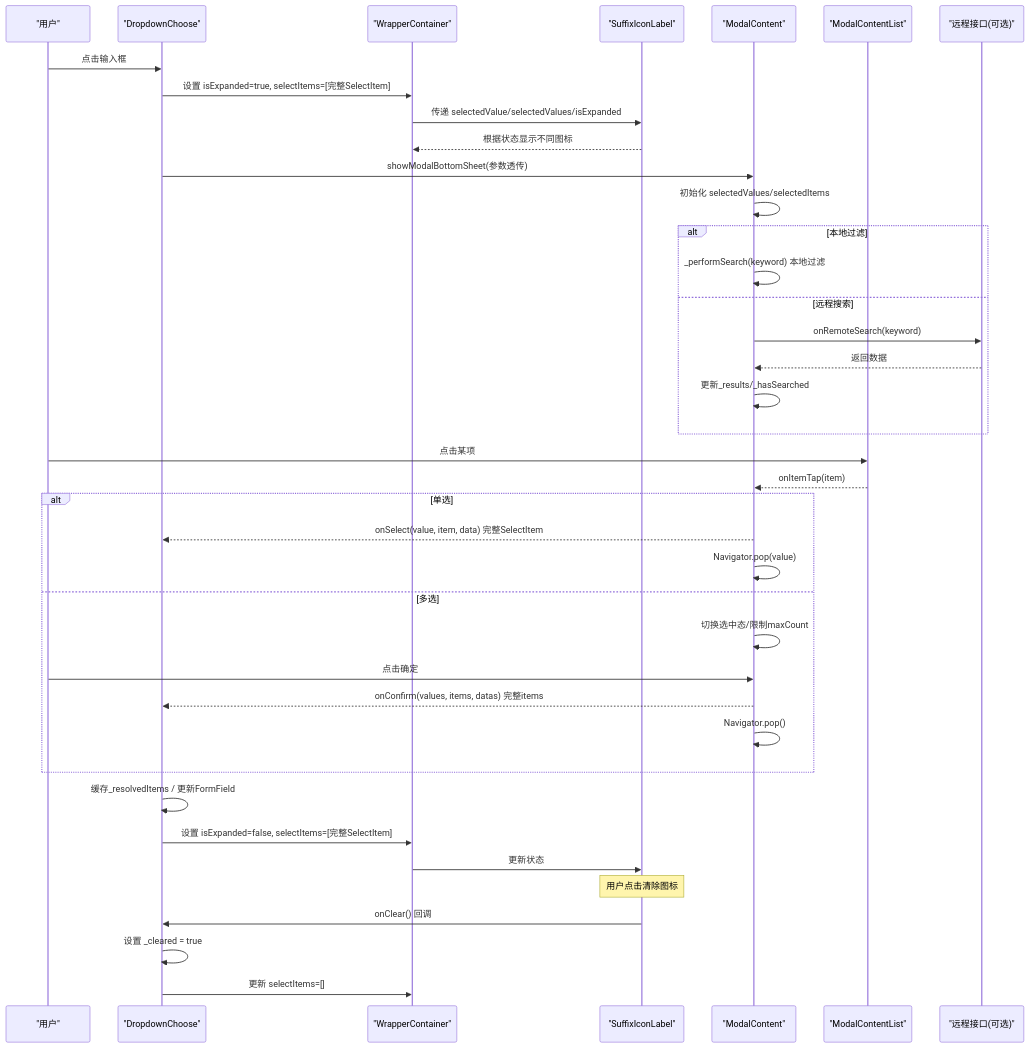
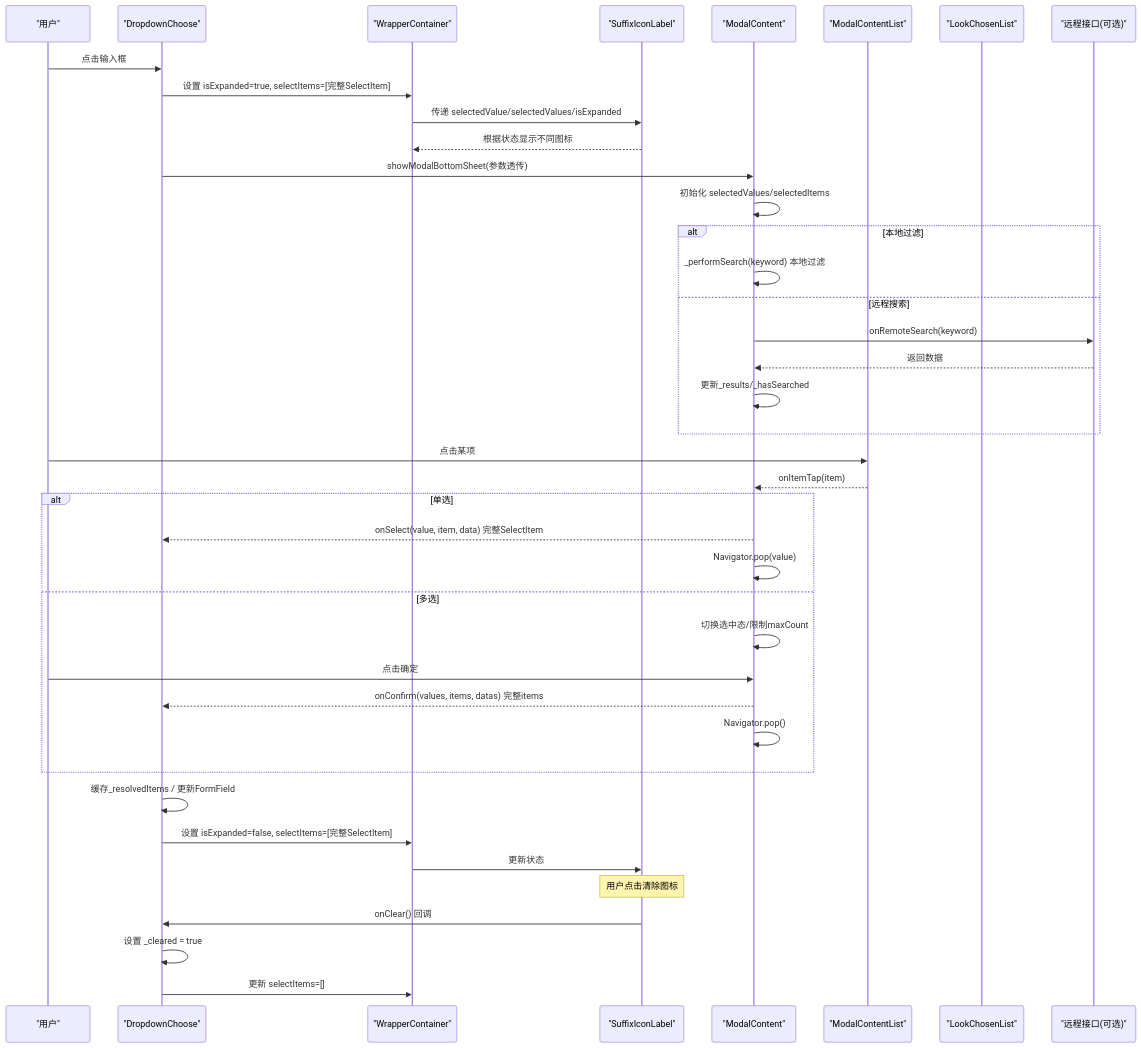
The second of 6 diagrams in .qoder/repowiki/zh/content/高级组件/下拉选择器.md (yuzhido/lite-ui), drawn with Mermaid before and after one commit. The commit also changed other lines of this file and 25 other files, not shown here.

````diff
--- a/.qoder/repowiki/zh/content/高级组件/下拉选择器.md
+++ b/.qoder/repowiki/zh/content/高级组件/下拉选择器.md
@@ -109,41 +104,42 @@
 ```mermaid
 sequenceDiagram
 participant U as "用户"
 participant DC as "DropdownChoose"
 participant WC as "WrapperContainer"
 participant SIL as "SuffixIconLabel"
-participant SM as "ModalContent"
-participant L as "ModalContentList"
+participant MC as "ModalContent"
+participant MCL as "ModalContentList"
+participant LCL as "LookChosenList"
 participant R as "远程接口(可选)"
 U->>DC : 点击输入框
 DC->>WC : 设置 isExpanded=true, selectItems=[完整SelectItem]
 WC->>SIL : 传递 selectedValue/selectedValues/isExpanded
 SIL-->>WC : 根据状态显示不同图标
-DC->>SM : showModalBottomSheet(参数透传)
-SM->>SM : 初始化 selectedValues/selectedItems
+DC->>MC : showModalBottomSheet(参数透传)
+MC->>MC : 初始化 selectedValues/selectedItems
 alt 本地过滤
-SM->>SM : _performSearch(keyword) 本地过滤
+MC->>MC : _performSearch(keyword) 本地过滤
 else 远程搜索
-SM->>R : onRemoteSearch(keyword)
-R-->>SM : 返回数据
-SM->>SM : 更新_results/_hasSearched
+MC->>R : onRemoteSearch(keyword)
+R-->>MC : 返回数据
+MC->>MC : 更新_results/_hasSearched
 end
-U->>L : 点击某项
-L-->>SM : onItemTap(item)
+U->>MCL : 点击某项
+MCL-->>MC : onItemTap(item)
 alt 单选
-SM-->>DC : onSelect(value, item, data) 完整SelectItem
-SM->>SM : Navigator.pop(value)
+MC-->>DC : onSelect(value, item, data) 完整SelectItem
+MC->>MC : Navigator.pop(value)
 else 多选
-SM->>SM : 切换选中态/限制maxCount
-U->>SM : 点击确定
-SM-->>DC : onConfirm(values, items, datas) 完整items
-SM->>SM : Navigator.pop()
+MC->>MC : 切换选中态/限制maxCount
+U->>MC : 点击确定
+MC-->>DC : onConfirm(values, items, datas) 完整items
+MC->>MC : Navigator.pop()
 end
 DC->>DC : 缓存_resolvedItems / 更新FormField
 DC->>WC : 设置 isExpanded=false, selectItems=[完整SelectItem]
 WC->>SIL : 更新状态
 Note over SIL : 用户点击清除图标
 SIL->>DC : onClear() 回调
 DC->>DC : 设置 _cleared = true
 DC->>WC : 更新 selectItems=[]
 ```
````
